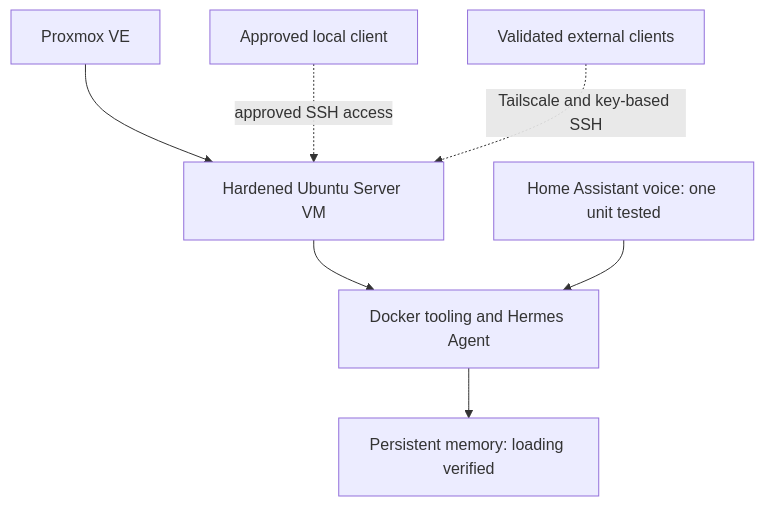
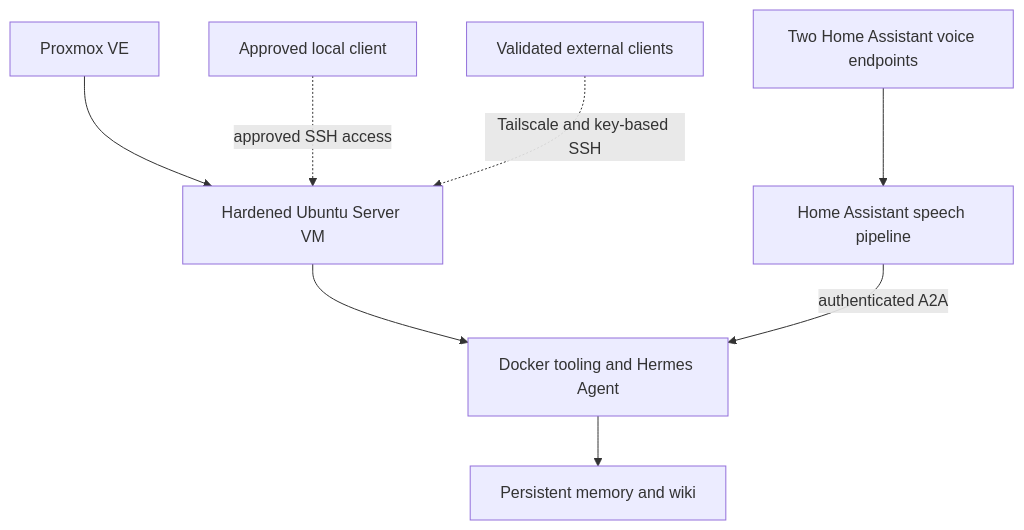
One commit to DeadPol8789/homelab changed the diagram in docs/hermes-agent-deployment.md. Above: the diagram before and after it, drawn with Mermaid. The commit also changed other lines of this file and 6 other files, not shown here.

Commit message:
Update, H. Assistant voice, A2A, wiki, and backups

````diff
--- a/docs/hermes-agent-deployment.md
+++ b/docs/hermes-agent-deployment.md
@@ -47,9 +48,10 @@
 ```mermaid
 flowchart TD
     PVE["Proxmox VE"] --> VM["Hardened Ubuntu Server VM"]
     CLIENT["Approved local client"] -. "approved SSH access" .-> VM
     REMOTE["Validated external clients"] -. "Tailscale and key-based SSH" .-> VM
     VM --> PLATFORM["Docker tooling and Hermes Agent"]
-    PLATFORM --> MEMORY["Persistent memory: loading verified"]
-    VOICE["Home Assistant voice: one unit tested"] --> PLATFORM
+    PLATFORM --> MEMORY["Persistent memory and wiki"]
+    VOICE["Two Home Assistant voice endpoints"] --> HA["Home Assistant speech pipeline"]
+    HA -->|"authenticated A2A"| PLATFORM
 ```
````
